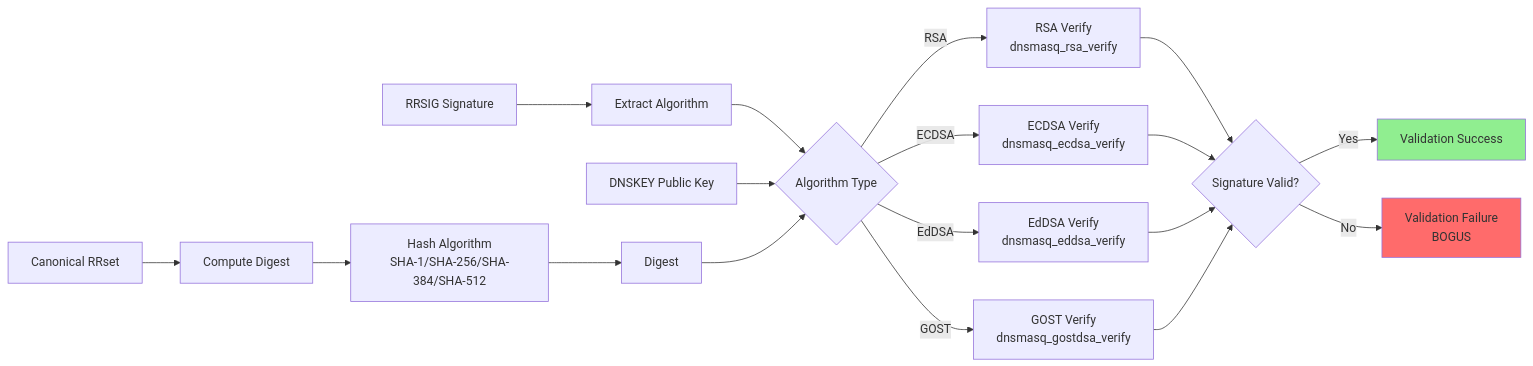
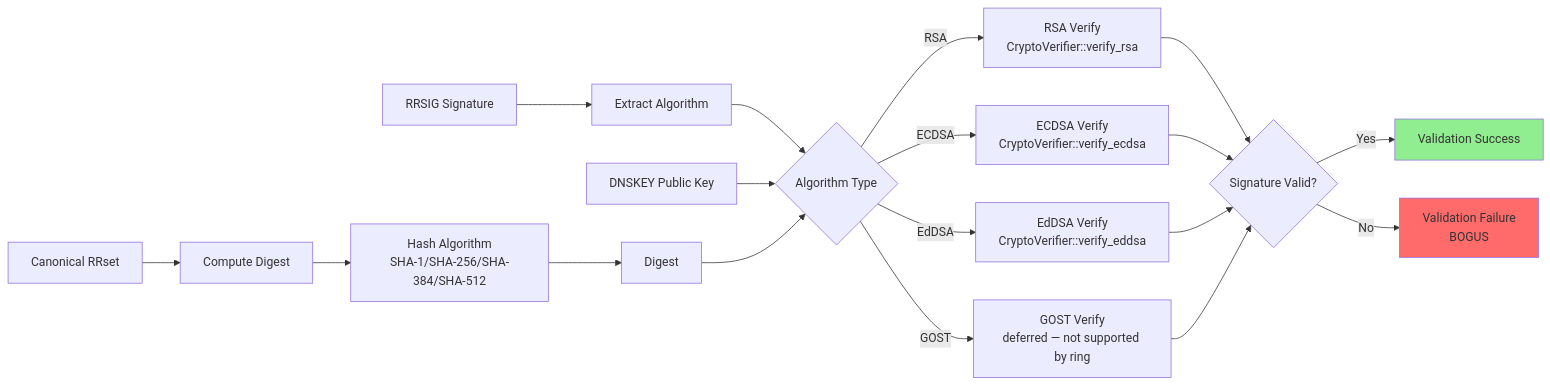
The fourth of 5 diagrams in docs/DNSSEC.md (blitzy-public-samples/blitzy-dnsmasq), drawn with Mermaid before and after one commit. The commit also changed other lines of this file, not shown here.

````diff
--- a/docs/DNSSEC.md
+++ b/docs/DNSSEC.md
@@ -365,28 +368,28 @@
 ```mermaid
 flowchart LR
     A[Canonical RRset] --> B[Compute Digest]
     B --> C[Hash Algorithm<br/>SHA-1/SHA-256/SHA-384/SHA-512]
     C --> D[Digest]
     
     E[RRSIG Signature] --> F[Extract Algorithm]
     F --> G{Algorithm Type}
     
     H[DNSKEY Public Key] --> G
     D --> G
     
-    G -->|RSA| I[RSA Verify<br/>dnsmasq_rsa_verify]
-    G -->|ECDSA| J[ECDSA Verify<br/>dnsmasq_ecdsa_verify]
-    G -->|EdDSA| K[EdDSA Verify<br/>dnsmasq_eddsa_verify]
-    G -->|GOST| L[GOST Verify<br/>dnsmasq_gostdsa_verify]
+    G -->|RSA| I[RSA Verify<br/>CryptoVerifier::verify_rsa]
+    G -->|ECDSA| J[ECDSA Verify<br/>CryptoVerifier::verify_ecdsa]
+    G -->|EdDSA| K[EdDSA Verify<br/>CryptoVerifier::verify_eddsa]
+    G -->|GOST| L[GOST Verify<br/>deferred — not supported by ring]
     
     I --> M{Signature Valid?}
     J --> M
     K --> M
     L --> M
     
     M -->|Yes| N[Validation Success]
     M -->|No| O[Validation Failure<br/>BOGUS]
     
     style N fill:#90EE90
     style O fill:#FF6B6B
 ```
````
